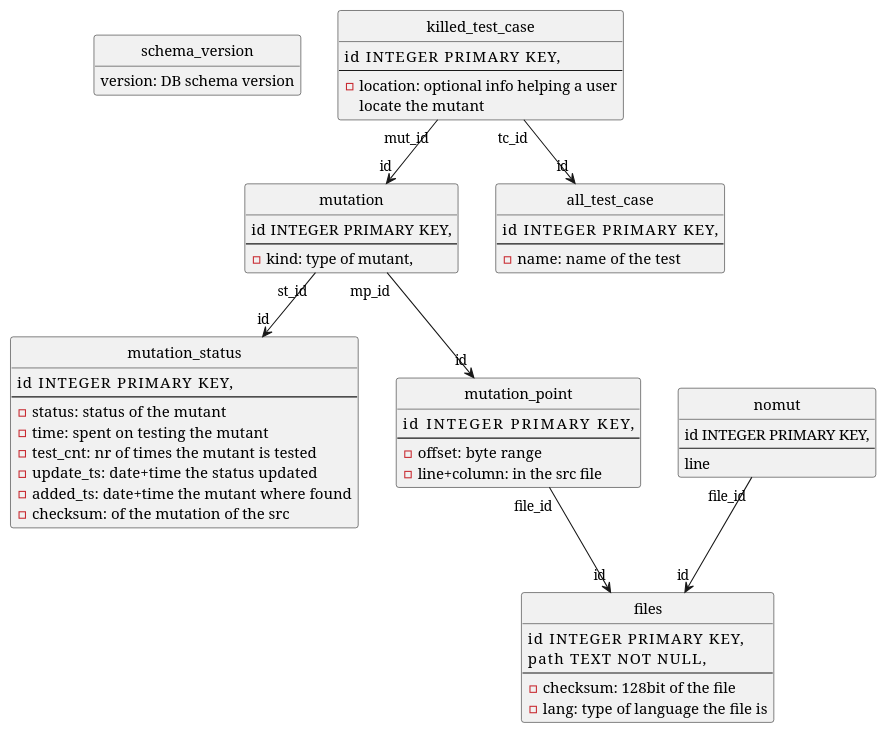
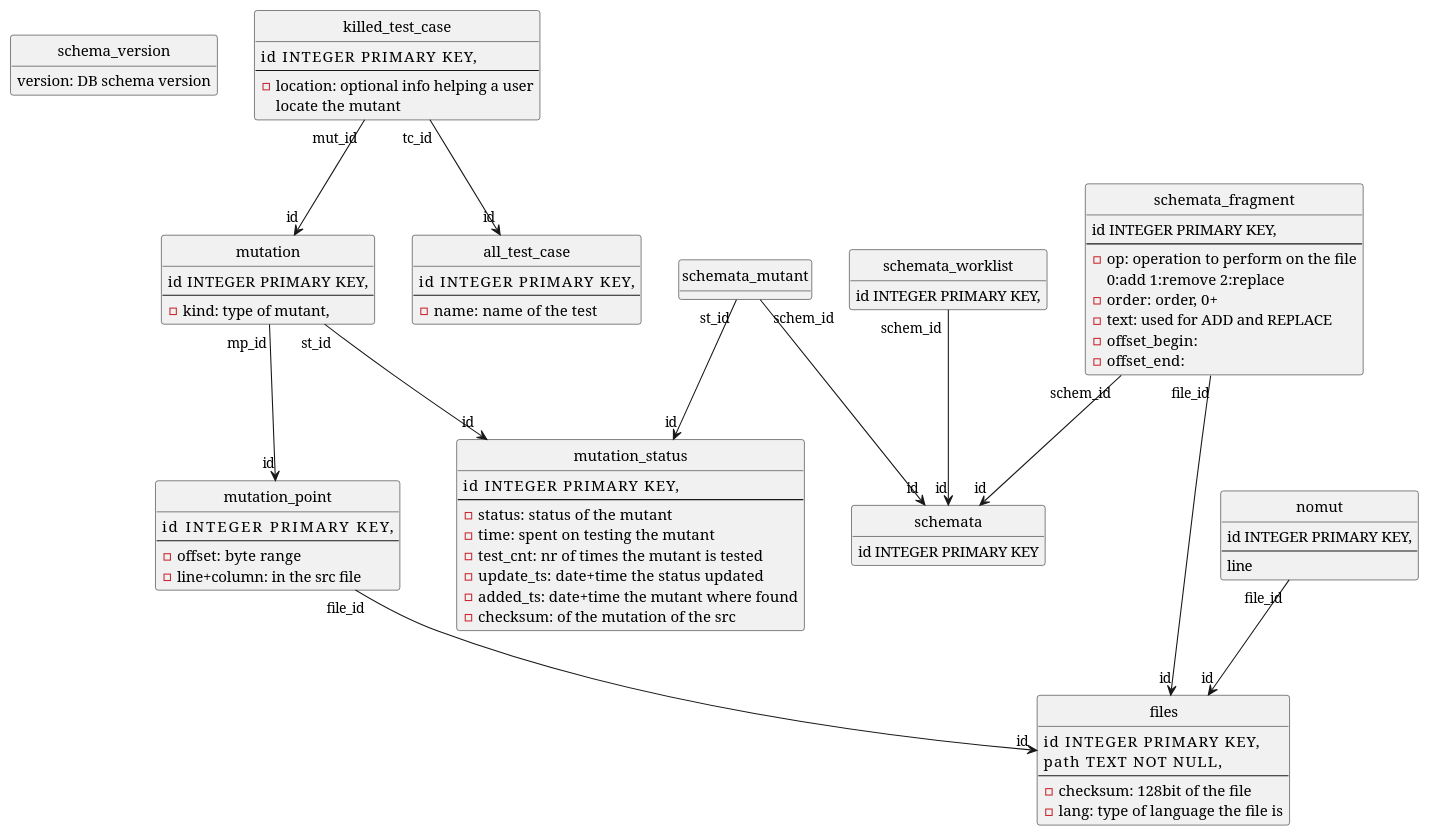
One commit to joakim-brannstrom/dextool changed the diagram in plugin/mutate/doc/design/figures/database_schema.pu. Above: the diagram before and after it, drawn with PlantUML. The commit also changed 2 other files, not shown here.

Commit message:
mutate: (doc) add basic database schema for mutation schemata

```diff
--- a/plugin/mutate/doc/design/figures/database_schema.pu
+++ b/plugin/mutate/doc/design/figures/database_schema.pu
@@ -1,65 +1,93 @@
 @startuml
 hide circle
 hide methods
 
 class schema_version {
 version: DB schema version
 }
 
 class killed_test_case {
     id          INTEGER PRIMARY KEY,
 ---
 - location: optional info helping a user
 locate the mutant
 }
 killed_test_case "mut_id" --> "id" mutation
 killed_test_case "tc_id" --> "id" all_test_case
 
 class all_test_case {
     id          INTEGER PRIMARY KEY,
 ---
 - name: name of the test
 }
 
 class mutation_status {
     id          INTEGER PRIMARY KEY,
 ---
 - status: status of the mutant
 - time: spent on testing the mutant
 - test_cnt: nr of times the mutant is tested
 - update_ts: date+time the status updated
 - added_ts: date+time the mutant where found
 - checksum: of the mutation of the src
 }
 
 class mutation {
     id      INTEGER PRIMARY KEY,
 ---
 - kind: type of mutant,
 }
 mutation "mp_id" --> "id" mutation_point
 mutation "st_id" --> "id" mutation_status
 
 class mutation_point {
     id              INTEGER PRIMARY KEY,
 ---
 - offset: byte range
 - line+column: in the src file
 }
 mutation_point "file_id" --> "id" files
 
 class nomut {
 id  INTEGER PRIMARY KEY,
 ---
 line
 }
 nomut "file_id" --> "id" files
 
 class files {
     id          INTEGER PRIMARY KEY,
     path        TEXT NOT NULL,
 ---
 - checksum: 128bit of the file
 - lang: type of language the file is
 }
+
+class schemata {
+    id  INTEGER PRIMARY KEY
+}
+
+class schemata_fragment {
+    id  INTEGER PRIMARY KEY,
+---
+- op: operation to perform on the file
+  0:add 1:remove 2:replace
+- order: order, 0+
+- text: used for ADD and REPLACE
+- offset_begin:
+- offset_end:
+}
+schemata_fragment "schem_id" --> "id" schemata
+schemata_fragment "file_id" --> "id" files
+
+class schemata_mutant {
+}
+schemata_mutant "schem_id" --> "id" schemata
+schemata_mutant "st_id" --> "id" mutation_status
+
+class schemata_worklist {
+    id  INTEGER PRIMARY KEY,
+}
+schemata_worklist "schem_id" --> "id" schemata
+
 @enduml
```
